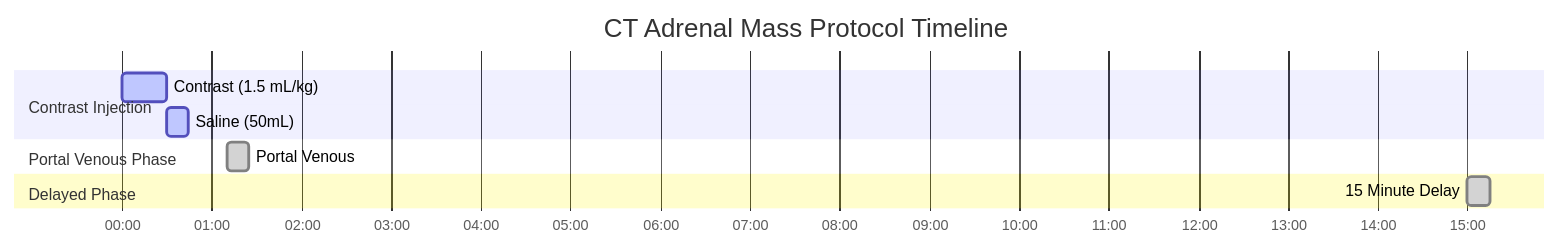
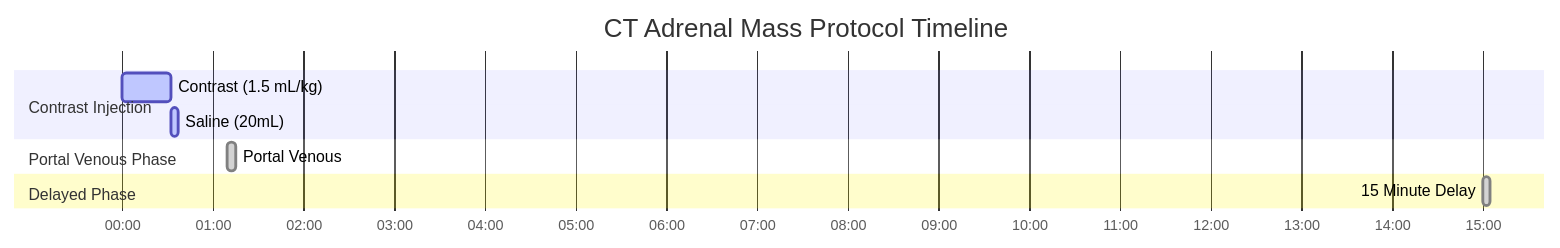
One commit to dfergs93/radiology-protocols changed the diagram in docs/ct/abdomen/ct-adrenal-mass-protocol.md. Above: the diagram before and after it, drawn with Mermaid. The commit also changed other lines of this file and 113 other files, not shown here.

````diff
--- a/docs/ct/abdomen/ct-adrenal-mass-protocol.md
+++ b/docs/ct/abdomen/ct-adrenal-mass-protocol.md
@@ -81,18 +82,18 @@
   ```mermaid
   ---
   config:
     theme: default
   ---
     gantt
       title CT Adrenal Mass Protocol Timeline
       dateFormat mm:ss
       axisFormat %M:%S 
       
       section Contrast Injection
-      Contrast (1.5 mL/kg)    :active, contrast, 00:00, 30s
-      Saline (50mL)          :active, saline, after contrast, 14s
+      Contrast (1.5 mL/kg)    :active, contrast, 00:00, 32s
+      Saline (20mL)          :active, saline, after contrast, 5s
       section Portal Venous Phase
-      Portal Venous    :done, scan1, 01:10, 15s
+      Portal Venous    :done, scan1, 01:10, 5s
       section Delayed Phase
-      15 Minute Delay    :done, scan2, 15:00, 15s
+      15 Minute Delay    :done, scan2, 15:00, 5s
   ```
````
